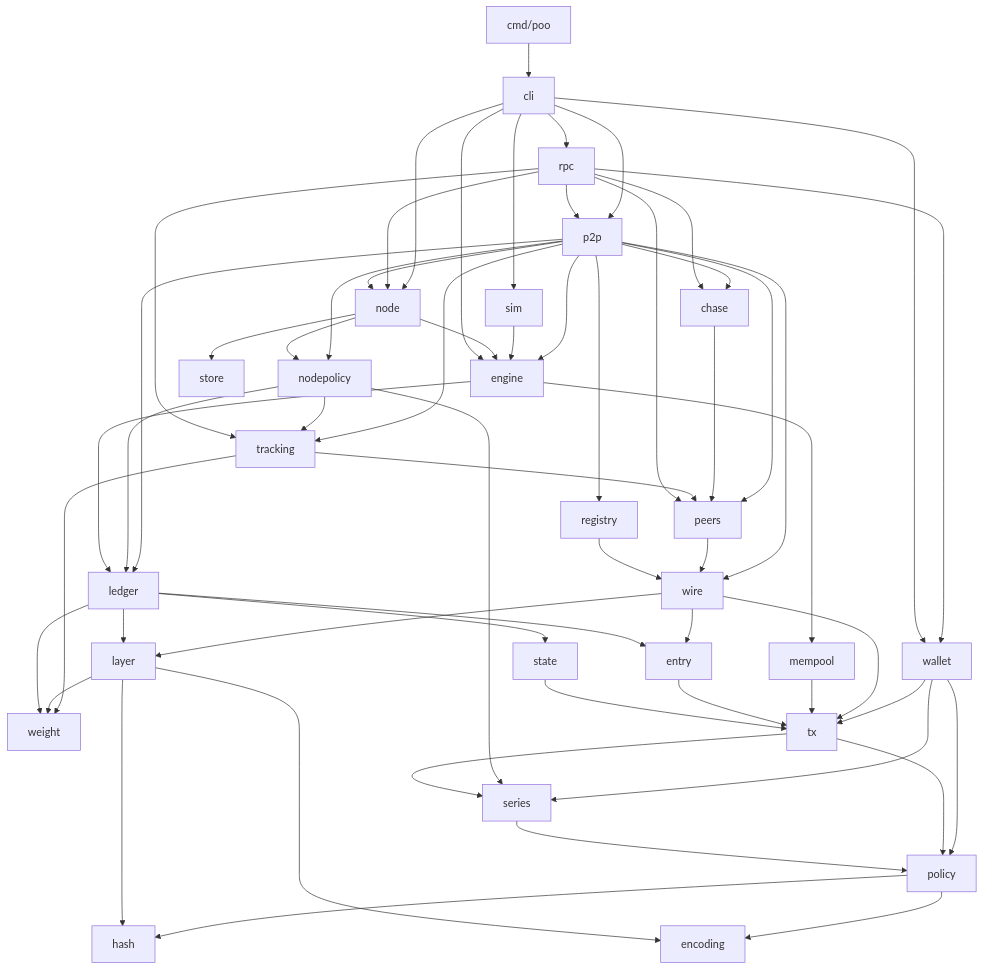
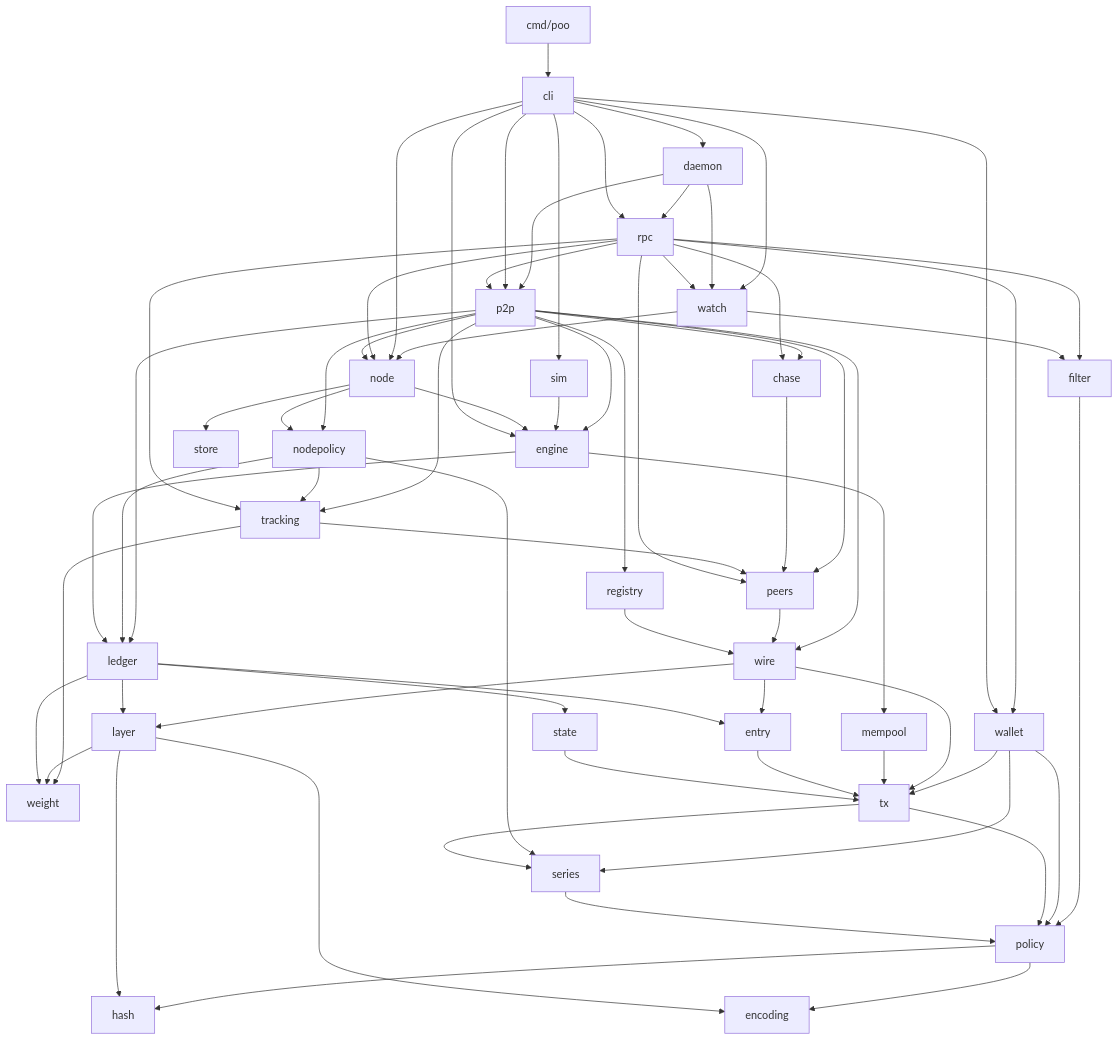
The first of 2 diagrams in docs/architecture.md (JogginTheNoggin/crypto-mint-net), drawn with Mermaid before and after one commit. The commit also changed other lines of this file and 4 other files, not shown here.

First line of the commit message:
Describe M10 in the architecture, roadmap, security review and changelog

````diff
--- a/docs/architecture.md
+++ b/docs/architecture.md
@@ -27,60 +27,70 @@
 ```mermaid
 graph TD
   main[cmd/poo] --> cmd
+  cmd[cli] --> daemon
+  cmd --> watch
+  daemon --> rpc
+  daemon --> p2p
+  daemon --> watch
+  rpc --> watch
+  rpc --> filter
+  watch --> filter
+  watch --> node
+  filter --> policy
   cmd[cli] --> rpc
   cmd --> node
   cmd --> p2p
   rpc --> node
   rpc --> p2p
   p2p --> node
   p2p --> wire
   p2p --> engine
   p2p --> ledger
   p2p --> nodepolicy
   p2p --> peers
   p2p --> registry
   p2p --> tracking
   p2p --> chase
   chase --> peers
   tracking --> peers
   tracking --> weight
   nodepolicy --> tracking
   rpc --> tracking
   rpc --> chase
   peers --> wire
   registry --> wire
   rpc --> peers
   rpc --> wallet
   cmd --> wallet
   cmd --> sim
   sim --> engine
   wallet --> policy
   wallet --> tx
   wallet --> series
   wire --> entry
   wire --> layer
   wire --> tx
   node --> engine
   node --> store
   node --> nodepolicy
   nodepolicy --> ledger
   nodepolicy --> series
   cmd --> engine
   engine --> ledger
   engine --> mempool
   ledger --> entry
   ledger --> layer
   ledger --> state
   mempool --> tx
   entry --> tx
   state --> tx
   tx --> series
   tx --> policy
   series --> policy
   layer --> weight
   ledger --> weight
   policy --> hash
   policy --> encoding
   layer --> hash
   layer --> encoding
 ```
````
